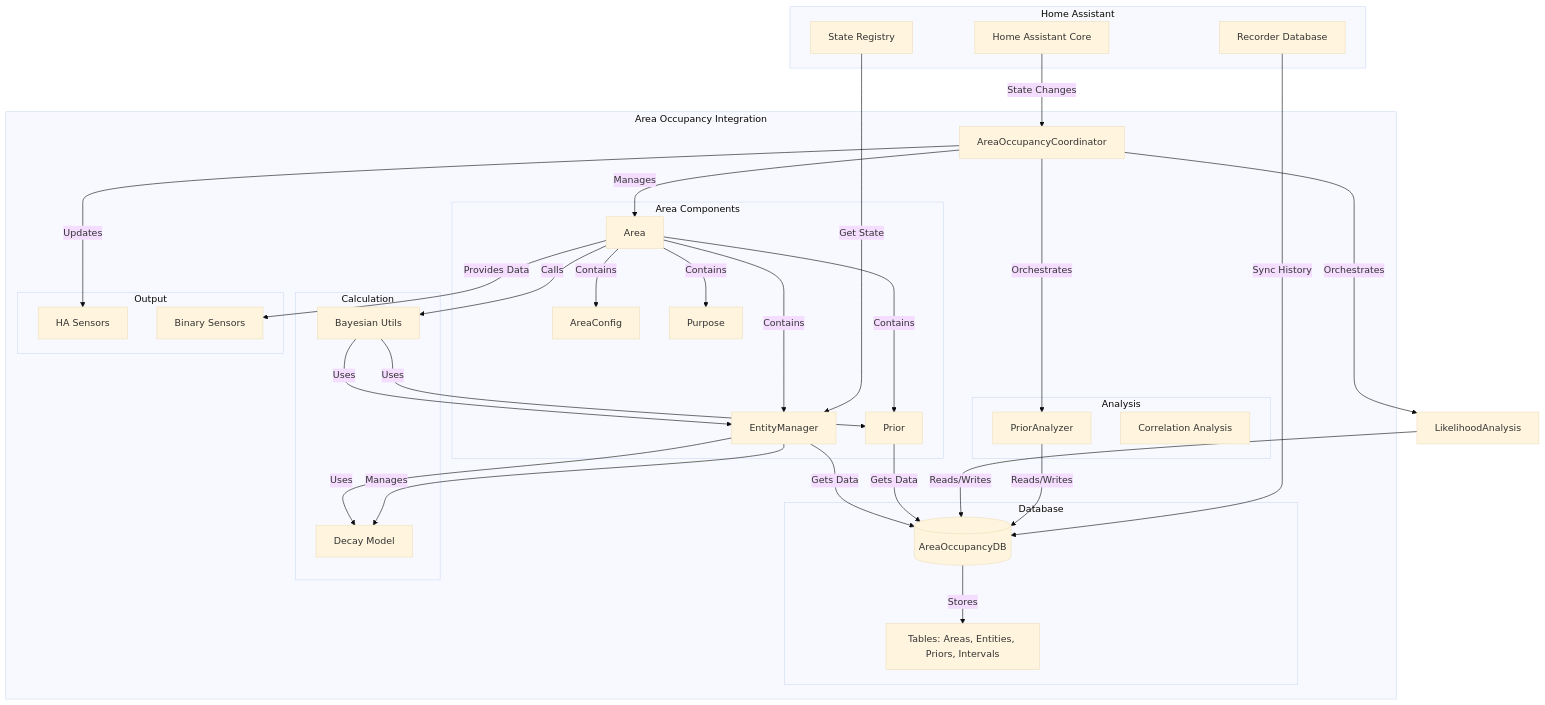
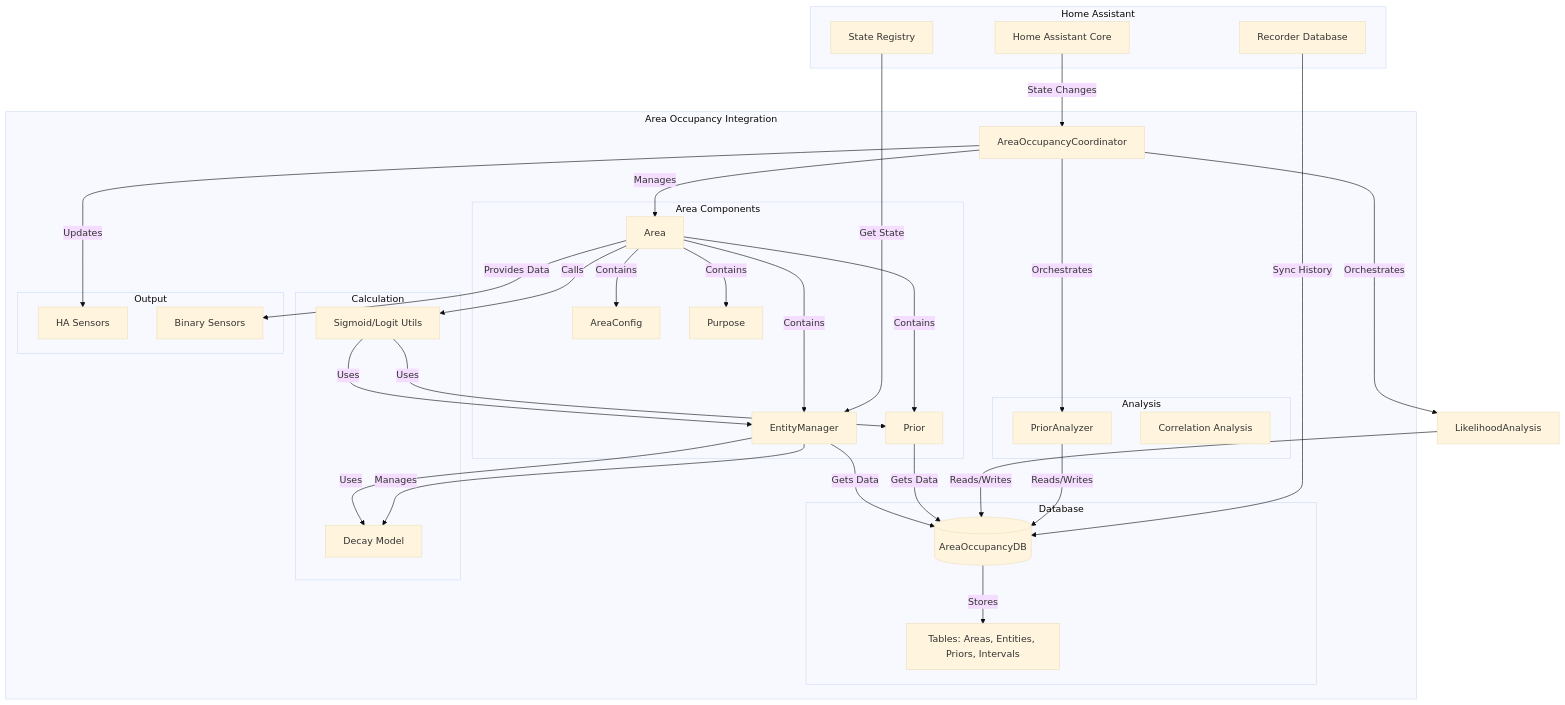
The fifth of 7 diagrams in docs/docs/technical/data-flow.md (Hankanman/Area-Occupancy-Detection), drawn with Mermaid (base theme) before and after one commit. The commit also changed other lines of this file and 47 other files, not shown here.

````diff
--- a/docs/docs/technical/data-flow.md
+++ b/docs/docs/technical/data-flow.md
@@ -177,69 +177,69 @@
 ```mermaid
 graph TB
     subgraph "Home Assistant"
         HA[Home Assistant Core]
         States[State Registry]
         Recorder[Recorder Database]
     end
 
     subgraph "Area Occupancy Integration"
         Coord[AreaOccupancyCoordinator]
 
         subgraph "Area Components"
             Area[Area]
             Config[AreaConfig]
             Prior[Prior]
             Entities[EntityManager]
             Purpose[Purpose]
         end
 
         subgraph "Analysis"
             PriorAnalysis[PriorAnalyzer]
             CorrelationAnalysis[Correlation Analysis]
         end
 
         subgraph "Database"
             DB[(AreaOccupancyDB)]
             Tables[Tables: Areas, Entities, Priors, Intervals]
         end
 
         subgraph "Calculation"
-            Utils[Bayesian Utils]
+            Utils[Sigmoid/Logit Utils]
             Decay[Decay Model]
         end
 
         subgraph "Output"
             Sensors[HA Sensors]
             Binary[Binary Sensors]
         end
     end
 
     HA -->|State Changes| Coord
     States -->|Get State| Entities
     Recorder -->|Sync History| DB
 
     Coord -->|Manages| Area
     Area -->|Contains| Config
     Area -->|Contains| Prior
     Area -->|Contains| Entities
     Area -->|Contains| Purpose
 
     Coord -->|Orchestrates| PriorAnalysis
     Coord -->|Orchestrates| LikelihoodAnalysis
     PriorAnalysis -->|Reads/Writes| DB
     LikelihoodAnalysis -->|Reads/Writes| DB
 
     Prior -->|Gets Data| DB
     Entities -->|Gets Data| DB
     Entities -->|Manages| Decay
 
     Area -->|Calls| Utils
     Utils -->|Uses| Prior
     Utils -->|Uses| Entities
     Entities -->|Uses| Decay
 
     Coord -->|Updates| Sensors
     Area -->|Provides Data| Binary
 
     DB -->|Stores| Tables
 ```
````
